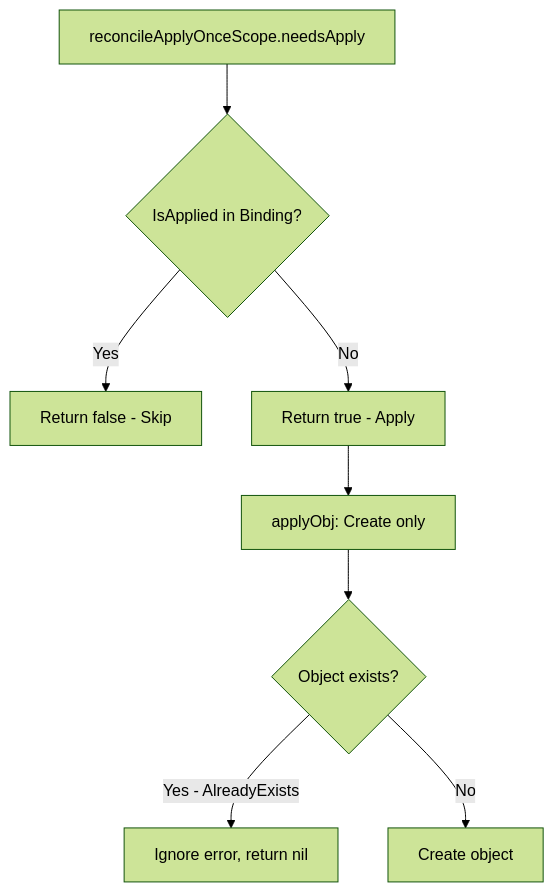
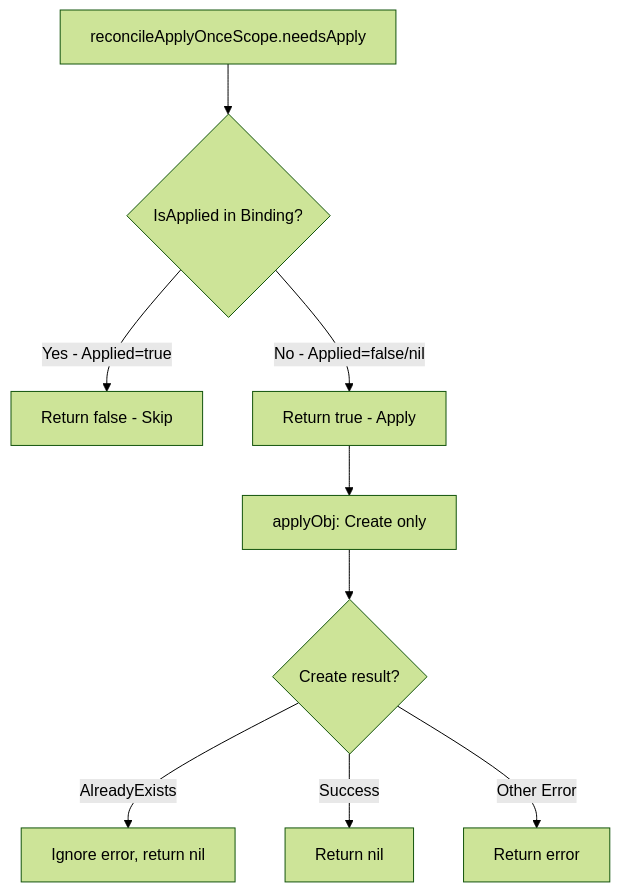
Before and after one commit to seanyen/cluster-api: the third of 9 diagrams in ai-gen/internal/controllers/clusterresourceset_controller.md, drawn with Mermaid (forest theme). The commit also changed other lines of this file and 8 other files, not shown here.

````diff
--- a/ai-gen/internal/controllers/clusterresourceset_controller.md
+++ b/ai-gen/internal/controllers/clusterresourceset_controller.md
@@ -125,10 +160,11 @@
 ```mermaid
 flowchart TD
     A[reconcileApplyOnceScope.needsApply] --> B{IsApplied in Binding?}
-    B -->|Yes| C[Return false - Skip]
-    B -->|No| D[Return true - Apply]
+    B -->|Yes - Applied=true| C[Return false - Skip]
+    B -->|No - Applied=false/nil| D[Return true - Apply]
     D --> E[applyObj: Create only]
-    E --> F{Object exists?}
-    F -->|Yes - AlreadyExists| G[Ignore error, return nil]
-    F -->|No| H[Create object]
+    E --> F{Create result?}
+    F -->|AlreadyExists| G[Ignore error, return nil]
+    F -->|Success| H[Return nil]
+    F -->|Other Error| I[Return error]
 ```
````
